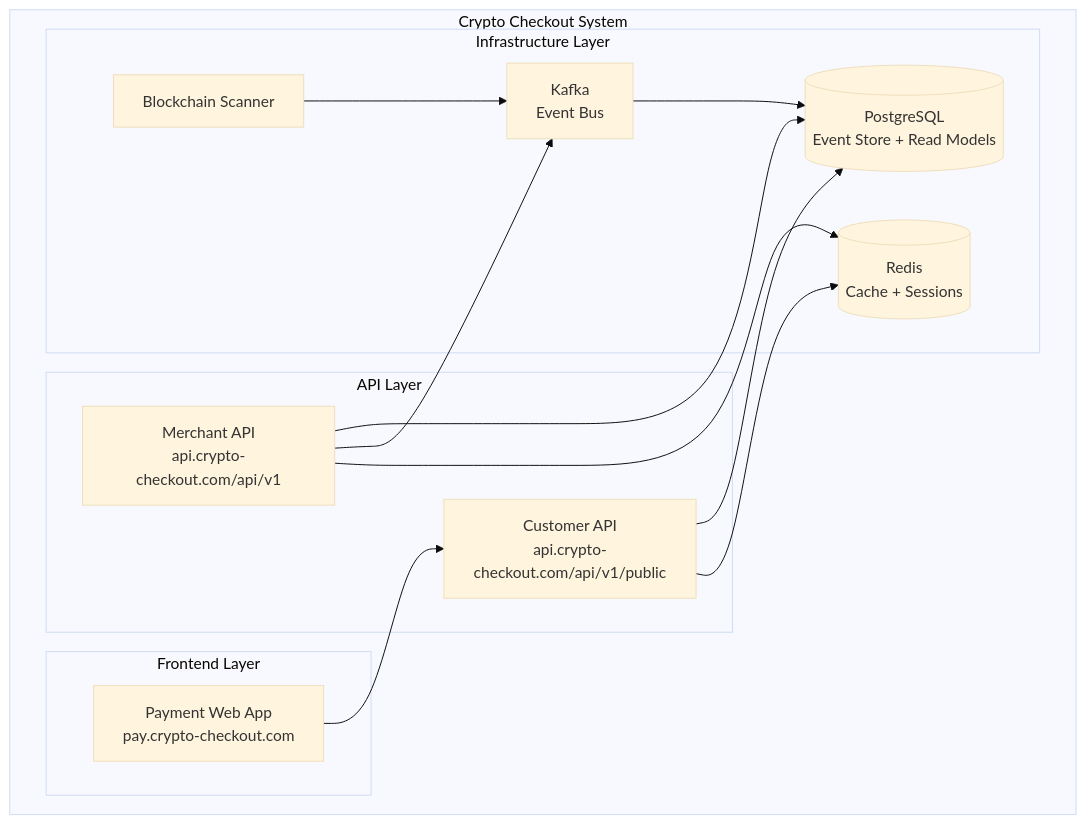
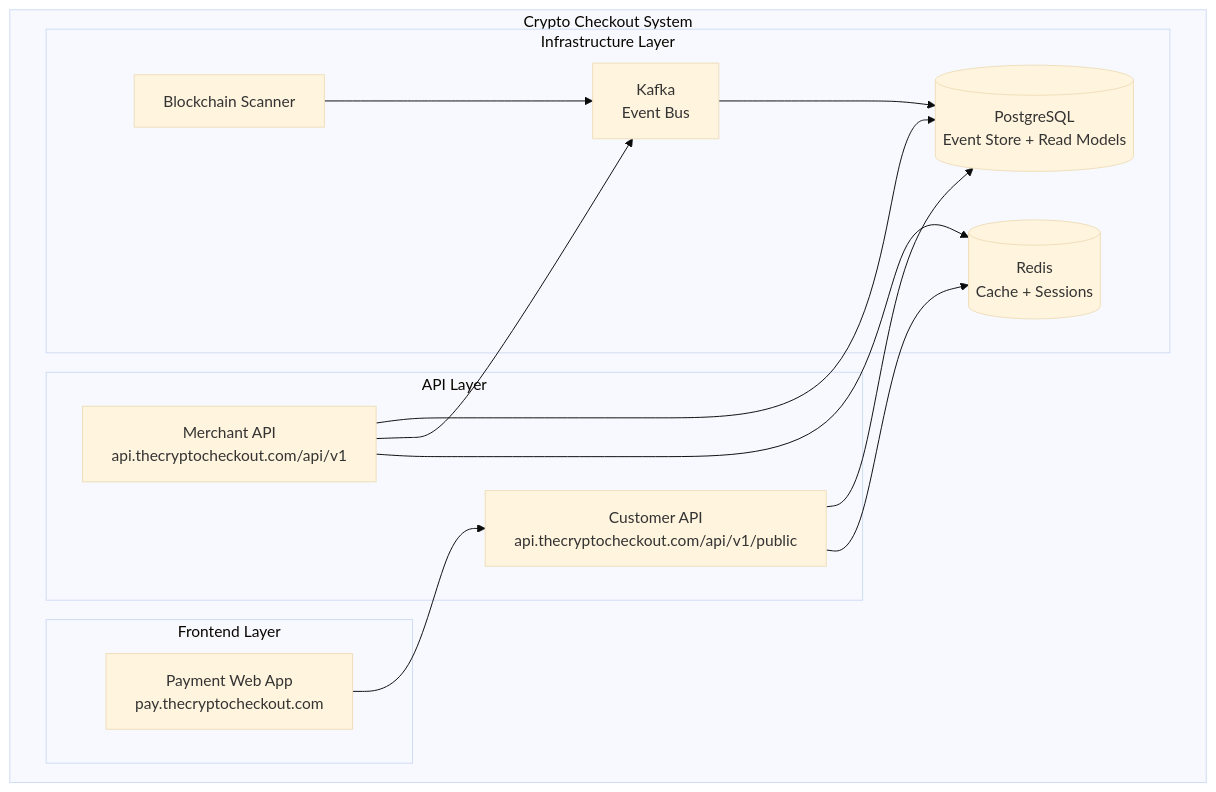
Before and after one commit to smirnoffmg/crypto-checkout: the fourth of 5 diagrams in docs/API.md, drawn with Mermaid (base theme). The commit also changed other lines of this file and 5 other files, not shown here.

````diff
--- a/docs/API.md
+++ b/docs/API.md
@@ -648,32 +648,32 @@
 ```mermaid
 graph TB
     subgraph "Crypto Checkout System"
         subgraph "API Layer"
-            MA[Merchant API<br/>api.crypto-checkout.com/api/v1]
-            CA[Customer API<br/>api.crypto-checkout.com/api/v1/public]
+            MA[Merchant API<br/>api.thecryptocheckout.com/api/v1]
+            CA[Customer API<br/>api.thecryptocheckout.com/api/v1/public]
         end
         
         subgraph "Frontend Layer"
-            WA[Payment Web App<br/>pay.crypto-checkout.com]
+            WA[Payment Web App<br/>pay.thecryptocheckout.com]
         end
         
         subgraph "Infrastructure Layer"
             PG[(PostgreSQL<br/>Event Store + Read Models)]
             KF[Kafka<br/>Event Bus]
             RD[(Redis<br/>Cache + Sessions)]
             BS[Blockchain Scanner]
         end
     end
     
     MA --> PG
     MA --> KF
     MA --> RD
     
     CA --> PG
     CA --> RD
     
     WA --> CA
     
     BS --> KF
     KF --> PG
 ```
````
